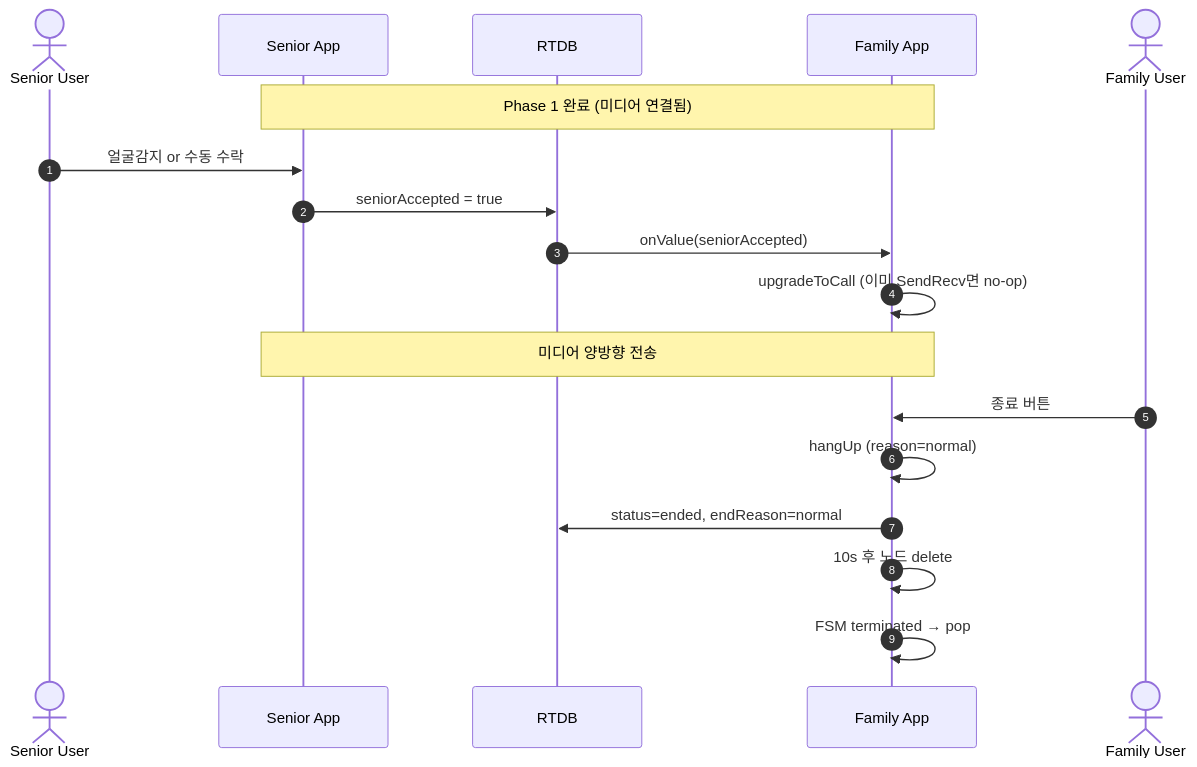
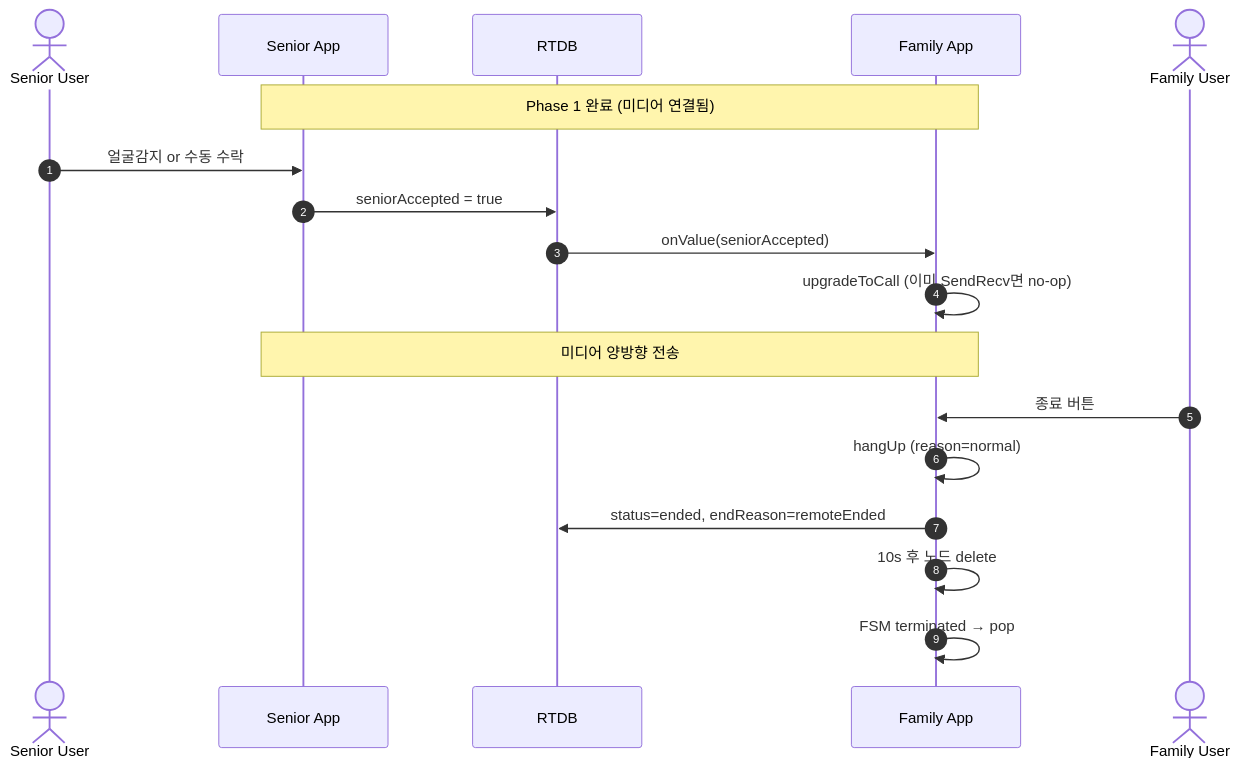
The third of 13 diagrams in docs/call-scenarios.md (HANSOLJJ/senior_care_family), drawn with Mermaid before and after one commit. The commit also changed other lines of this file and 6 other files, not shown here.

````diff
--- a/docs/call-scenarios.md
+++ b/docs/call-scenarios.md
@@ -68,23 +74,23 @@
 ```mermaid
 %%{init: {'sequence': {'actorMargin':90, 'messageMargin':45, 'noteMargin':15, 'width':180}}}%%
 sequenceDiagram
     autonumber
     actor SU as Senior User
     participant S as Senior App
     participant R as RTDB
     participant F as Family App
     actor U as Family User
 
     Note over F,S: Phase 1 완료 (미디어 연결됨)
     SU->>S: 얼굴감지 or 수동 수락
     S->>R: seniorAccepted = true
     R->>F: onValue(seniorAccepted)
     F->>F: upgradeToCall (이미 SendRecv면 no-op)
     Note over F,S: 미디어 양방향 전송
 
     U->>F: 종료 버튼
     F->>F: hangUp (reason=normal)
-    F->>R: status=ended, endReason=normal
+    F->>R: status=ended, endReason=remoteEnded
     F->>F: 10s 후 노드 delete
     F->>F: FSM terminated → pop
 ```
````
